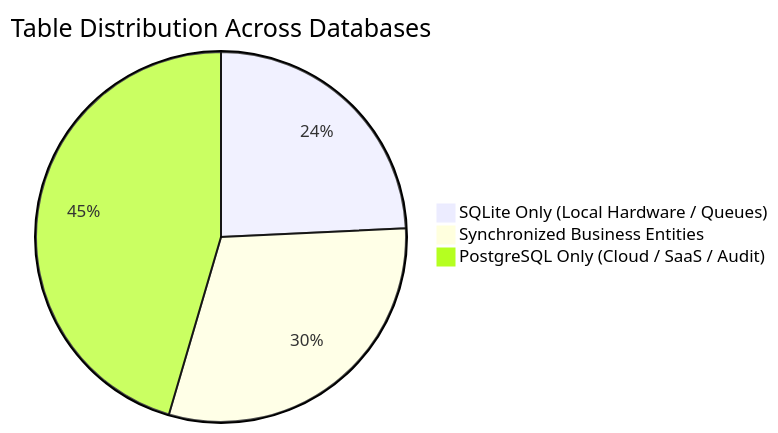
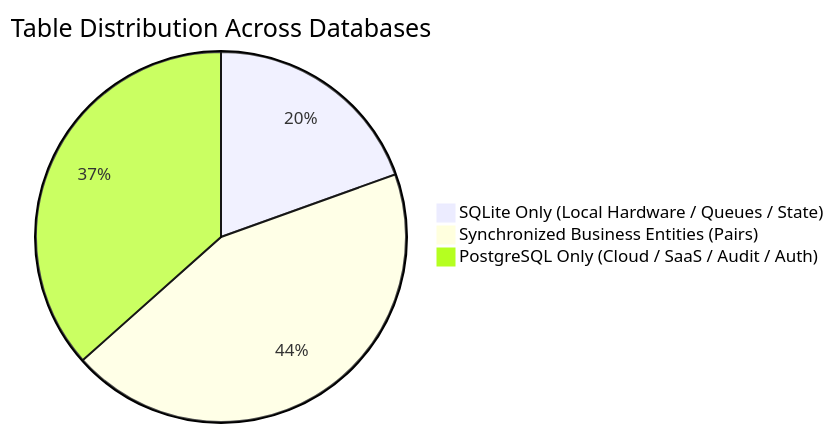
One commit to nandhakumarnagaraj/Kbook changed the diagram in docs/database-architecture/01-database-inventory.md. Above: the diagram before and after it, drawn with Mermaid. The commit also changed other lines of this file and 7 other files, not shown here.

Commit message:
docs: align database architecture with live psql v132 and room v85 schemas

````diff
--- a/docs/database-architecture/01-database-inventory.md
+++ b/docs/database-architecture/01-database-inventory.md
@@ -16,6 +16,6 @@
 ```mermaid
 pie title Table Distribution Across Databases
-    "SQLite Only (Local Hardware / Queues)" : 8
-    "Synchronized Business Entities" : 10
-    "PostgreSQL Only (Cloud / SaaS / Audit)" : 15
+    "SQLite Only (Local Hardware / Queues / State)" : 8
+    "Synchronized Business Entities (Pairs)" : 18
+    "PostgreSQL Only (Cloud / SaaS / Audit / Auth)" : 15
 ```
````
